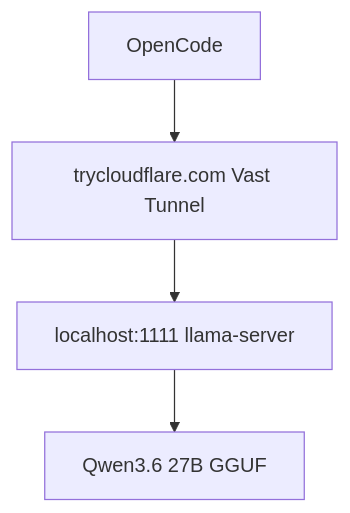
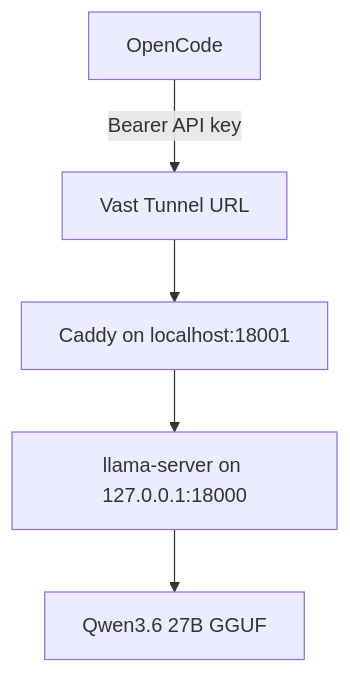
Before and after one commit to Pukujan/private-study-log: the second of 2 diagrams in Projects/vastai/how-to-run-server-latest.md, drawn with Mermaid. The commit also changed other lines of this file, not shown here.

````diff
--- a/Projects/vastai/how-to-run-server-latest.md
+++ b/Projects/vastai/how-to-run-server-latest.md
@@ -366,6 +537,7 @@
 ```mermaid
 flowchart TB
-    A[OpenCode] --> B[trycloudflare.com Vast Tunnel]
-    B --> C[localhost:1111 llama-server]
-    C --> D[Qwen3.6 27B GGUF]
+    A[OpenCode] -->|Bearer API key| B[Vast Tunnel URL]
+    B --> C[Caddy on localhost:18001]
+    C --> D[llama-server on 127.0.0.1:18000]
+    D --> E[Qwen3.6 27B GGUF]
 ```
````
